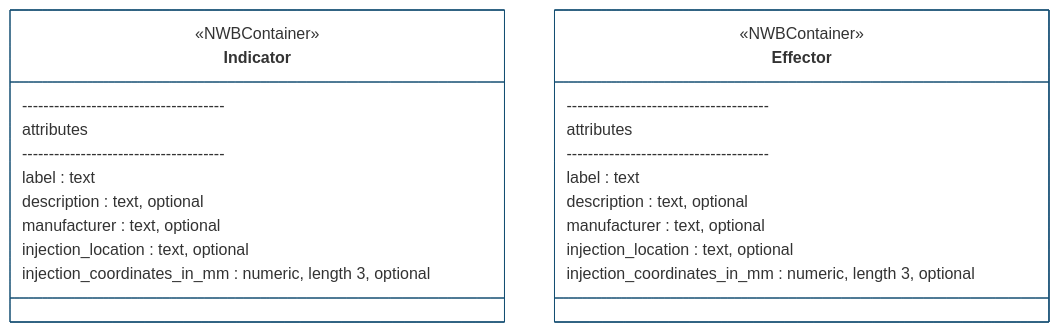
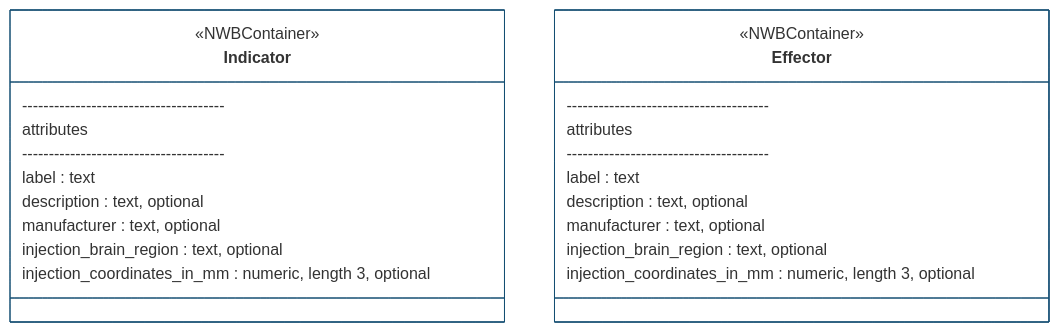
The first of 4 diagrams in README.md (catalystneuro/ndx-ophys-devices), drawn with Mermaid before and after one commit. The commit also changed other lines of this file and 5 other files, not shown here.

````diff
--- a/README.md
+++ b/README.md
@@ -21,27 +21,27 @@
 ```mermaid
 %%{init: {'theme': 'base', 'themeVariables': {'primaryColor': '#ffffff', "primaryBorderColor': '#144E73', 'lineColor': '#D96F32'}}}%%
 classDiagram
     direction BT
     class Indicator{
         <<NWBContainer>>
         --------------------------------------
         attributes
         --------------------------------------
         label : text
         description : text, optional
         manufacturer : text, optional
-        injection_location : text, optional
+        injection_brain_region : text, optional
         injection_coordinates_in_mm : numeric, length 3, optional
     }
     class Effector{
         <<NWBContainer>>
         --------------------------------------
         attributes
         --------------------------------------
         label : text
         description : text, optional
         manufacturer : text, optional
-        injection_location : text, optional
+        injection_brain_region : text, optional
         injection_coordinates_in_mm : numeric, length 3, optional
     }
 ```
````
